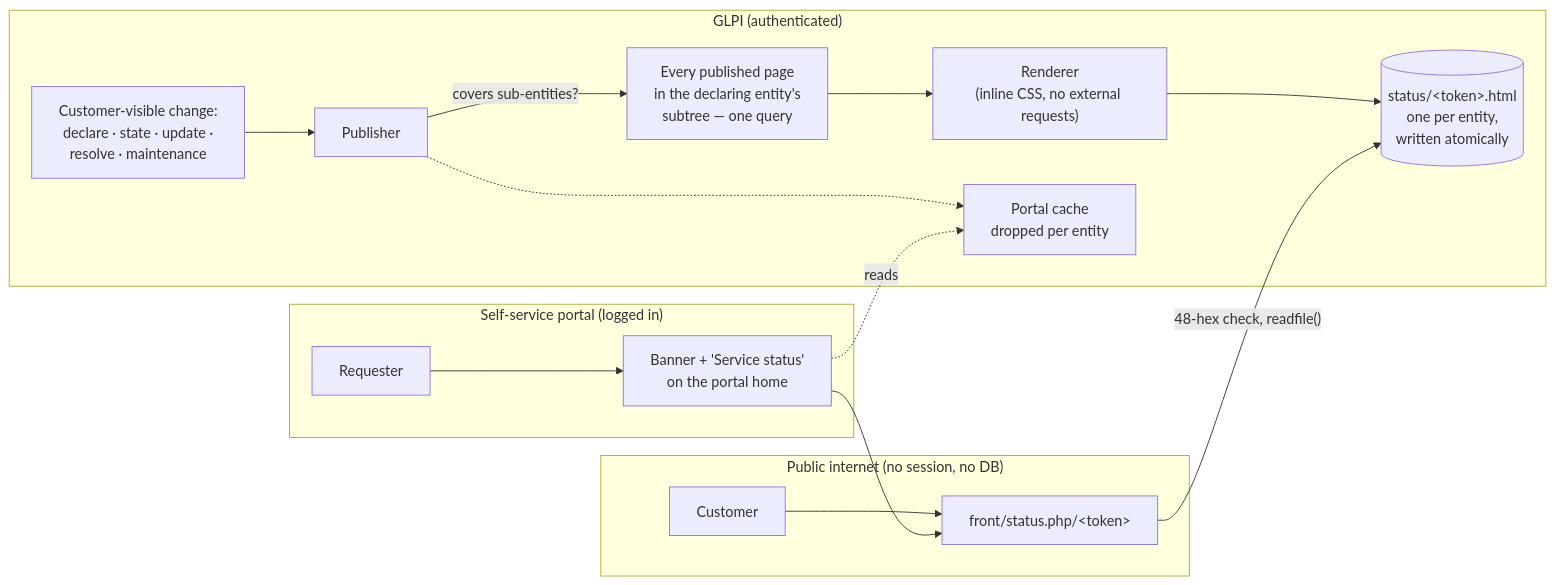
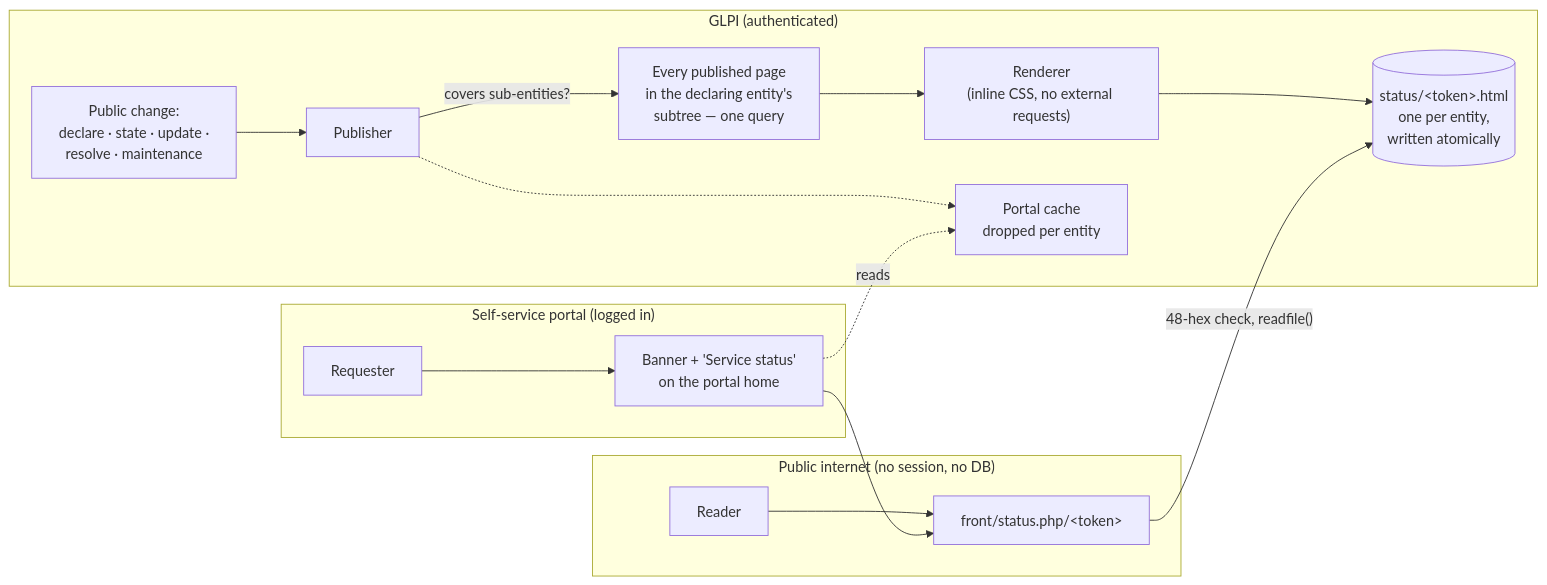
The diagram in README.md (bijstaan/glpi-major), drawn with Mermaid before and after one commit. The commit also changed other lines of this file and 40 other files, not shown here.

````diff
--- a/README.md
+++ b/README.md
@@ -108,19 +108,19 @@
 ```mermaid
 flowchart LR
     subgraph glpi["GLPI (authenticated)"]
-        change["Customer-visible change:<br/>declare · state · update ·<br/>resolve · maintenance"] --> pub["Publisher"]
+        change["Public change:<br/>declare · state · update ·<br/>resolve · maintenance"] --> pub["Publisher"]
         pub -- "covers sub-entities?" --> tree["Every published page<br/>in the declaring entity's<br/>subtree — one query"]
         tree --> ren["Renderer<br/>(inline CSS, no external requests)"]
         ren --> file[("status/&lt;token&gt;.html<br/>one per entity,<br/>written atomically")]
         pub -.-> portal["Portal cache<br/>dropped per entity"]
     end
     subgraph public["Public internet (no session, no DB)"]
-        customer["Customer"] --> ep["front/status.php/&lt;token&gt;"]
+        reader["Reader"] --> ep["front/status.php/&lt;token&gt;"]
         ep -- "48-hex check, readfile()" --> file
     end
     subgraph inside["Self-service portal (logged in)"]
         requester["Requester"] --> banner["Banner + 'Service status'<br/>on the portal home"]
         banner -. reads .-> portal
     end
     banner --> ep
 ```
````
